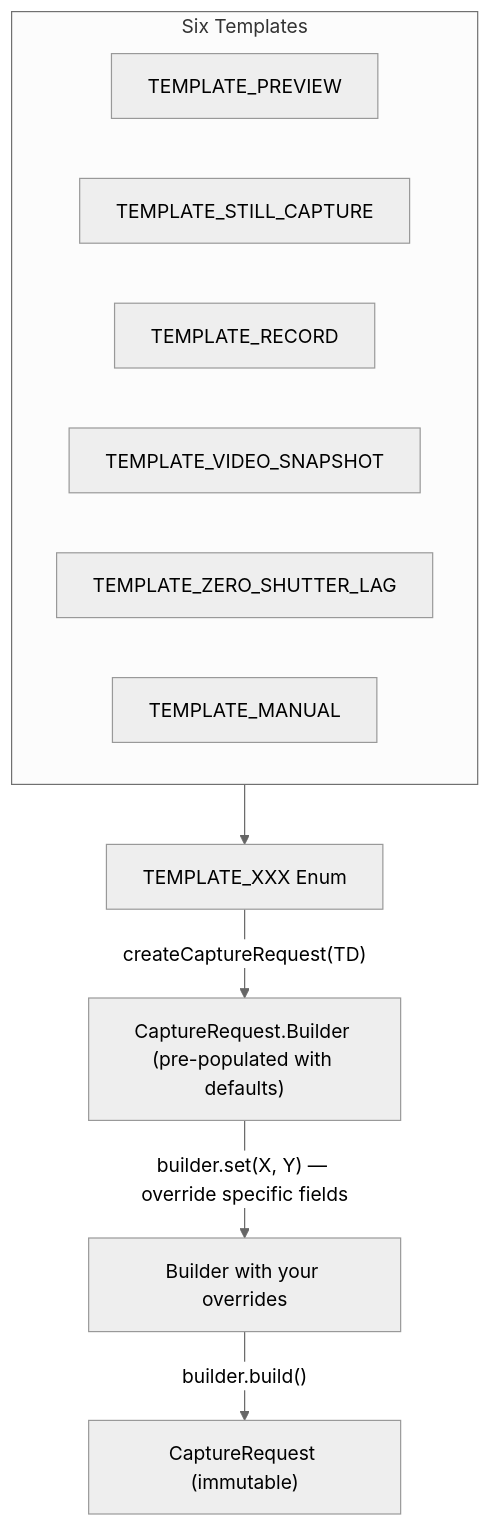
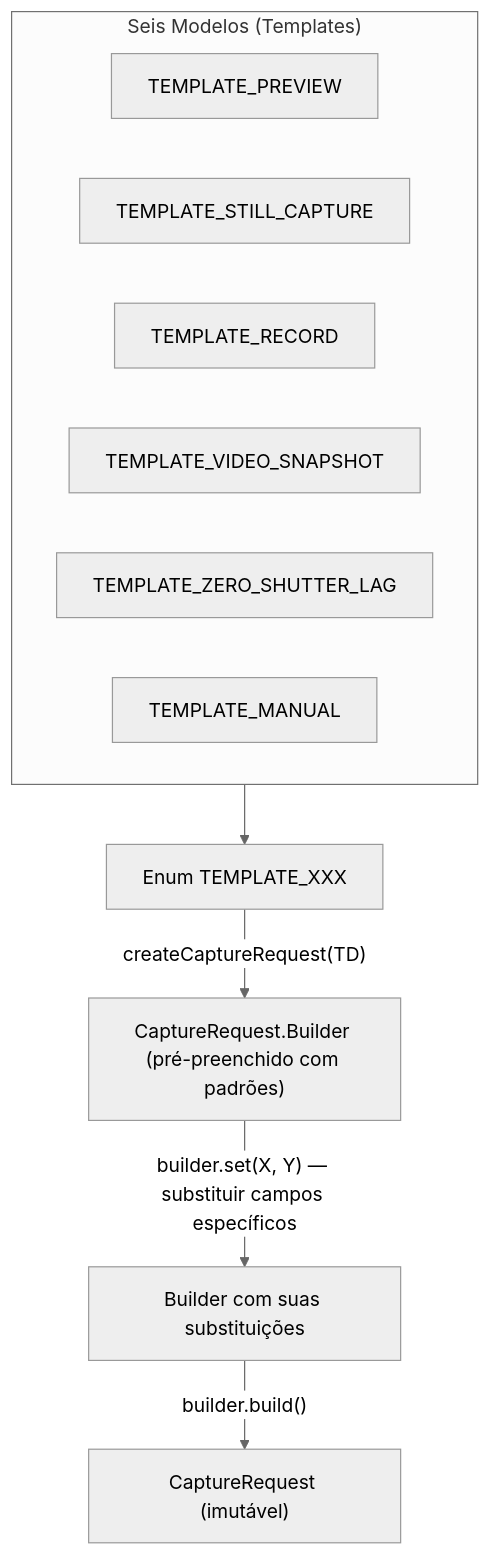
Before and after one commit to zoozooll/AndroidCameraParameters: the fifth of 6 diagrams in website/i18n/pt-BR/docusaurus-plugin-content-docs/current/camera2/capture-types.md, drawn with Mermaid (neutral theme). The commit also changed other lines of this file and 378 other files, not shown here.

````diff
--- a/website/i18n/pt-BR/docusaurus-plugin-content-docs/current/camera2/capture-types.md
+++ b/website/i18n/pt-BR/docusaurus-plugin-content-docs/current/camera2/capture-types.md
@@ -347,17 +347,17 @@
 ```mermaid
 graph TD
-    TD["TEMPLATE_XXX Enum"] -->|"createCaptureRequest(TD)"| B["CaptureRequest.Builder (pre-populated with defaults)"]
-    B -->|"builder.set(X, Y) — override specific fields"| B2["Builder with your overrides"]
-    B2 -->|"builder.build()"| R["CaptureRequest (immutable)"]
+    TD["Enum TEMPLATE_XXX"] -->|"createCaptureRequest(TD)"| B["CaptureRequest.Builder (pré-preenchido com padrões)"]
+    B -->|"builder.set(X, Y) — substituir campos específicos"| B2["Builder com suas substituições"]
+    B2 -->|"builder.build()"| R["CaptureRequest (imutável)"]
 
-    subgraph TemplateDefinitions ["Six Templates"]
+    subgraph TemplateDefinitions ["Seis Modelos (Templates)"]
         T1["TEMPLATE_PREVIEW"]
         T2["TEMPLATE_STILL_CAPTURE"]
         T3["TEMPLATE_RECORD"]
         T4["TEMPLATE_VIDEO_SNAPSHOT"]
         T5["TEMPLATE_ZERO_SHUTTER_LAG"]
         T6["TEMPLATE_MANUAL"]
     end
 
     TemplateDefinitions --> TD
 ```
````
